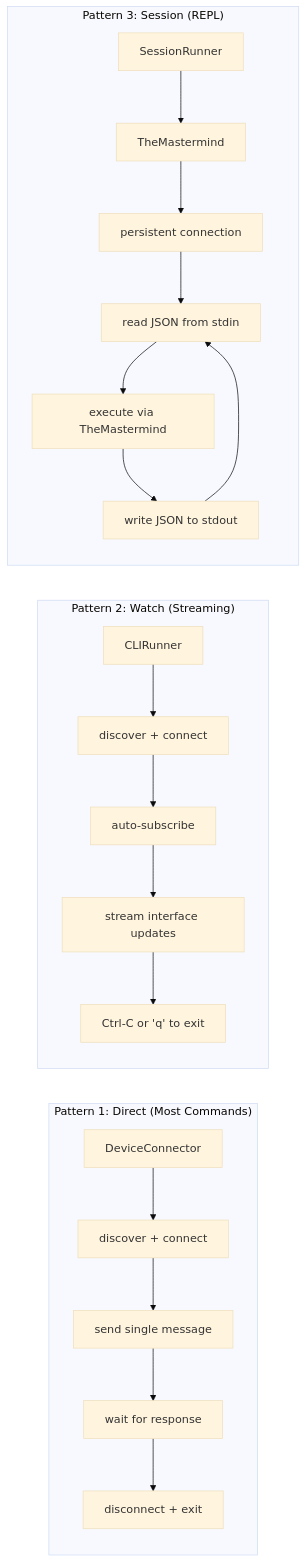
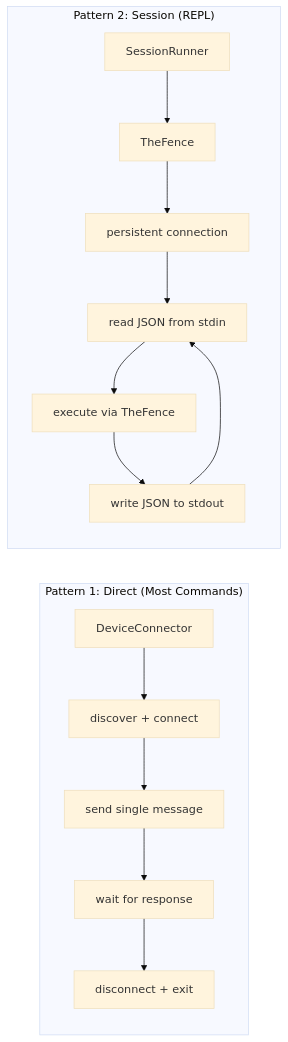
Before and after one commit to RoyalPineapple/TheButtonHeist: the second of 3 diagrams in docs/dossiers/11-CLI.md, drawn with Mermaid (base theme). The commit also changed other lines of this file and 15 other files, not shown here.

````diff
--- a/docs/dossiers/11-CLI.md
+++ b/docs/dossiers/11-CLI.md
@@ -66,25 +66,18 @@
 ```mermaid
 flowchart LR
     subgraph Pattern1["Pattern 1: Direct (Most Commands)"]
         D1["DeviceConnector"] --> D2["discover + connect"]
         D2 --> D3["send single message"]
         D3 --> D4["wait for response"]
         D4 --> D5["disconnect + exit"]
     end
 
-    subgraph Pattern2["Pattern 2: Watch (Streaming)"]
-        W1["CLIRunner"] --> W2["discover + connect"]
-        W2 --> W3["auto-subscribe"]
-        W3 --> W4["stream interface updates"]
-        W4 --> W5["Ctrl-C or 'q' to exit"]
-    end
-
-    subgraph Pattern3["Pattern 3: Session (REPL)"]
-        S1["SessionRunner"] --> S2["TheMastermind"]
+    subgraph Pattern2["Pattern 2: Session (REPL)"]
+        S1["SessionRunner"] --> S2["TheFence"]
         S2 --> S3["persistent connection"]
         S3 --> S4["read JSON from stdin"]
-        S4 --> S5["execute via TheMastermind"]
+        S4 --> S5["execute via TheFence"]
         S5 --> S6["write JSON to stdout"]
         S6 --> S4
     end
 ```
````
